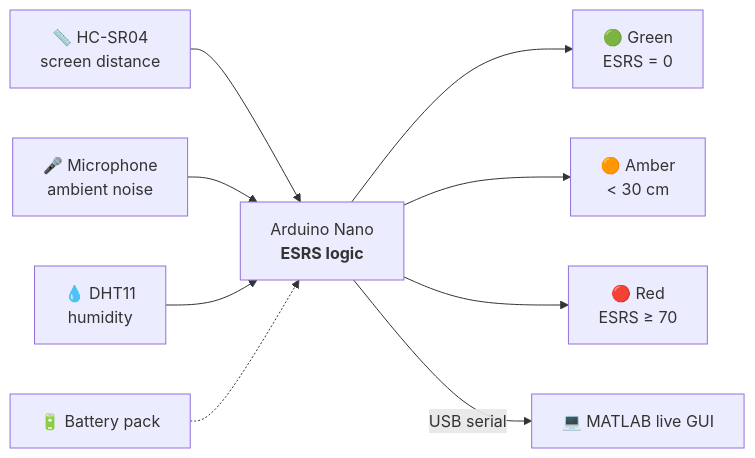
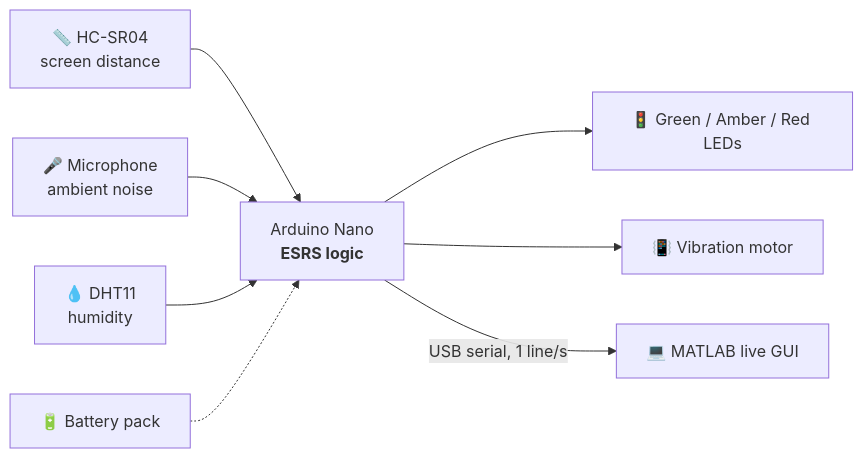
The diagram in README.md (KooCeL/EyeMaxxer), drawn with Mermaid before and after one commit. The commit also changed other lines of this file and 9 other files, not shown here.

First line of the commit message:
Rebuild the live Arduino firmware and "THE EyeMaxxer" GUI

````diff
--- a/README.md
+++ b/README.md
@@ -55,11 +53,10 @@
 ```mermaid
 flowchart LR
     US["📏 HC-SR04<br/>screen distance"] --> MCU
     MIC["🎤 Microphone<br/>ambient noise"] --> MCU
     DHT["💧 DHT11<br/>humidity"] --> MCU
-    MCU["Arduino Nano<br/><b>ESRS logic</b>"] --> G["🟢 Green<br/>ESRS = 0"]
-    MCU --> A["🟠 Amber<br/>&lt; 30 cm"]
-    MCU --> R["🔴 Red<br/>ESRS ≥ 70"]
-    MCU -- "USB serial" --> UI["💻 MATLAB live GUI"]
+    MCU["Arduino Nano<br/><b>ESRS logic</b>"] --> LED["🚦 Green / Amber / Red LEDs"]
+    MCU --> VIB["📳 Vibration motor"]
+    MCU -- "USB serial, 1 line/s" --> UI["💻 MATLAB live GUI"]
     BAT["🔋 Battery pack"] -.-> MCU
 ```
````
